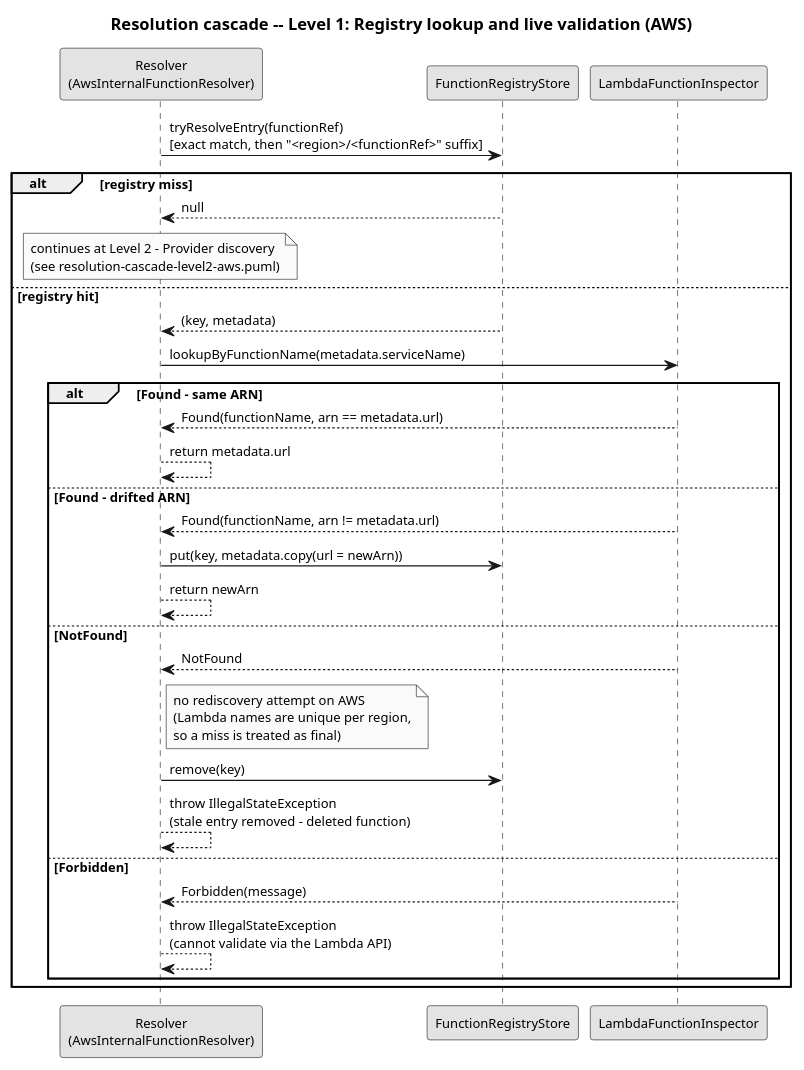
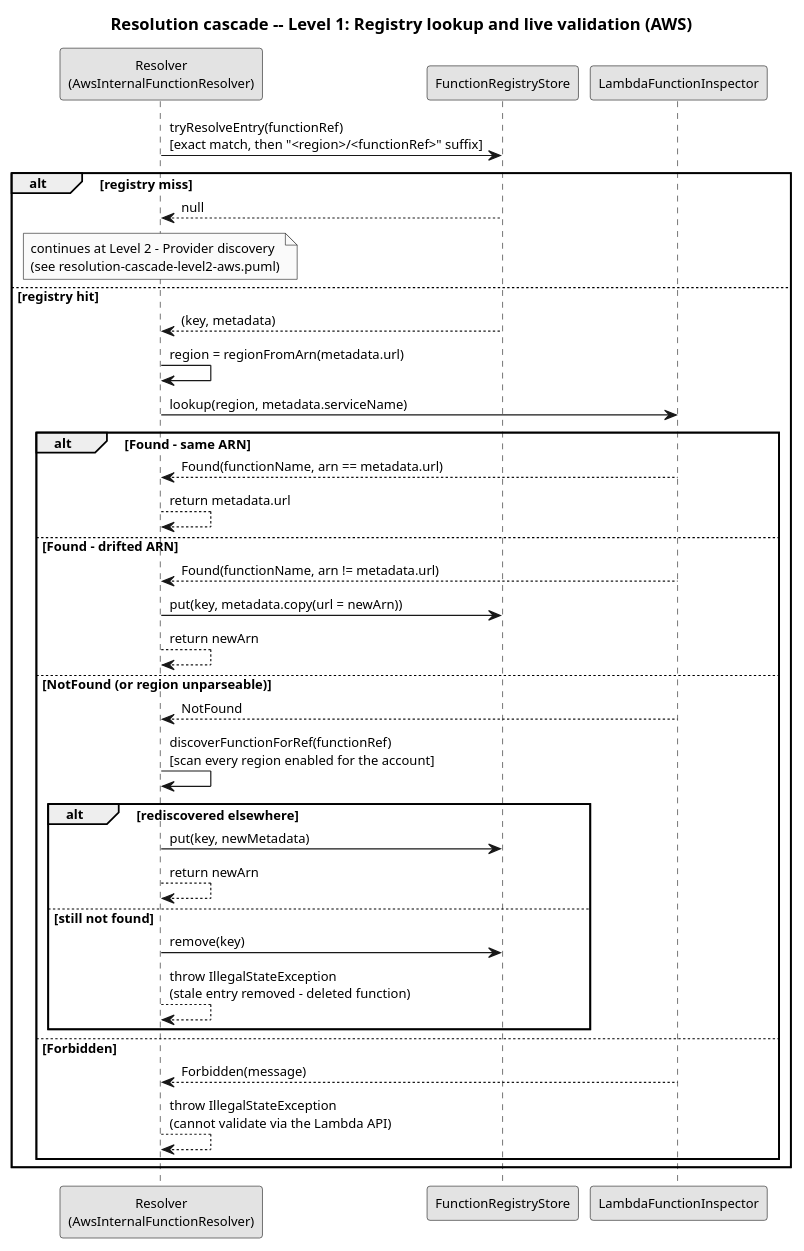
Before and after one commit to EngenheiroPedroCarvalho/ISEL-Thesis-2526: the diagram in diagrams/resolution-cascade-level1-aws.puml, drawn with PlantUML. The commit also changed 16 other files, not shown here.

First line of the commit message:
Update thesis text for region-agnostic AWS internal-function resolution

```diff
--- a/diagrams/resolution-cascade-level1-aws.puml
+++ b/diagrams/resolution-cascade-level1-aws.puml
@@ -1,43 +1,45 @@
 @startuml resolution-cascade-level1-aws
 skinparam monochrome true
 skinparam shadowing false
 skinparam defaultFontSize 11
 title Resolution cascade -- Level 1: Registry lookup and live validation (AWS)
 
 participant "Resolver\n(AwsInternalFunctionResolver)" as R
 participant "FunctionRegistryStore" as REG
 participant "LambdaFunctionInspector" as AI
 
 R -> REG : tryResolveEntry(functionRef)\n[exact match, then "<region>/<functionRef>" suffix]
 alt registry miss
   REG --> R : null
   note over R
     continues at Level 2 - Provider discovery
     (see resolution-cascade-level2-aws.puml)
   end note
 else registry hit
   REG --> R : (key, metadata)
+  R -> R : region = regionFromArn(metadata.url)
 
-  R -> AI : lookupByFunctionName(metadata.serviceName)
+  R -> AI : lookup(region, metadata.serviceName)
   alt Found - same ARN
     AI --> R : Found(functionName, arn == metadata.url)
     R --> R : return metadata.url
   else Found - drifted ARN
     AI --> R : Found(functionName, arn != metadata.url)
     R -> REG : put(key, metadata.copy(url = newArn))
     R --> R : return newArn
-  else NotFound
+  else NotFound (or region unparseable)
     AI --> R : NotFound
-    note right of R
-      no rediscovery attempt on AWS
-      (Lambda names are unique per region,
-      so a miss is treated as final)
-    end note
-    R -> REG : remove(key)
-    R --> R : throw IllegalStateException\n(stale entry removed - deleted function)
+    R -> R : discoverFunctionForRef(functionRef)\n[scan every region enabled for the account]
+    alt rediscovered elsewhere
+      R -> REG : put(key, newMetadata)
+      R --> R : return newArn
+    else still not found
+      R -> REG : remove(key)
+      R --> R : throw IllegalStateException\n(stale entry removed - deleted function)
+    end
   else Forbidden
     AI --> R : Forbidden(message)
     R --> R : throw IllegalStateException\n(cannot validate via the Lambda API)
   end
 end
 @enduml
```
